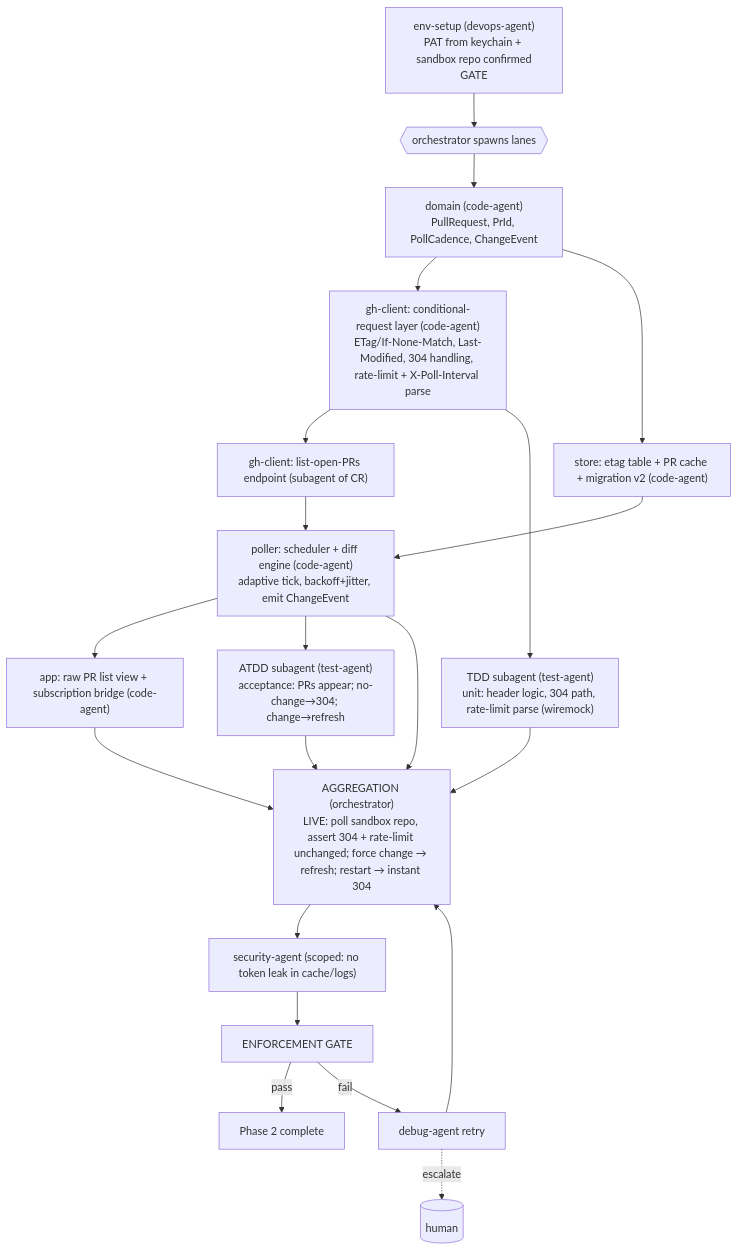
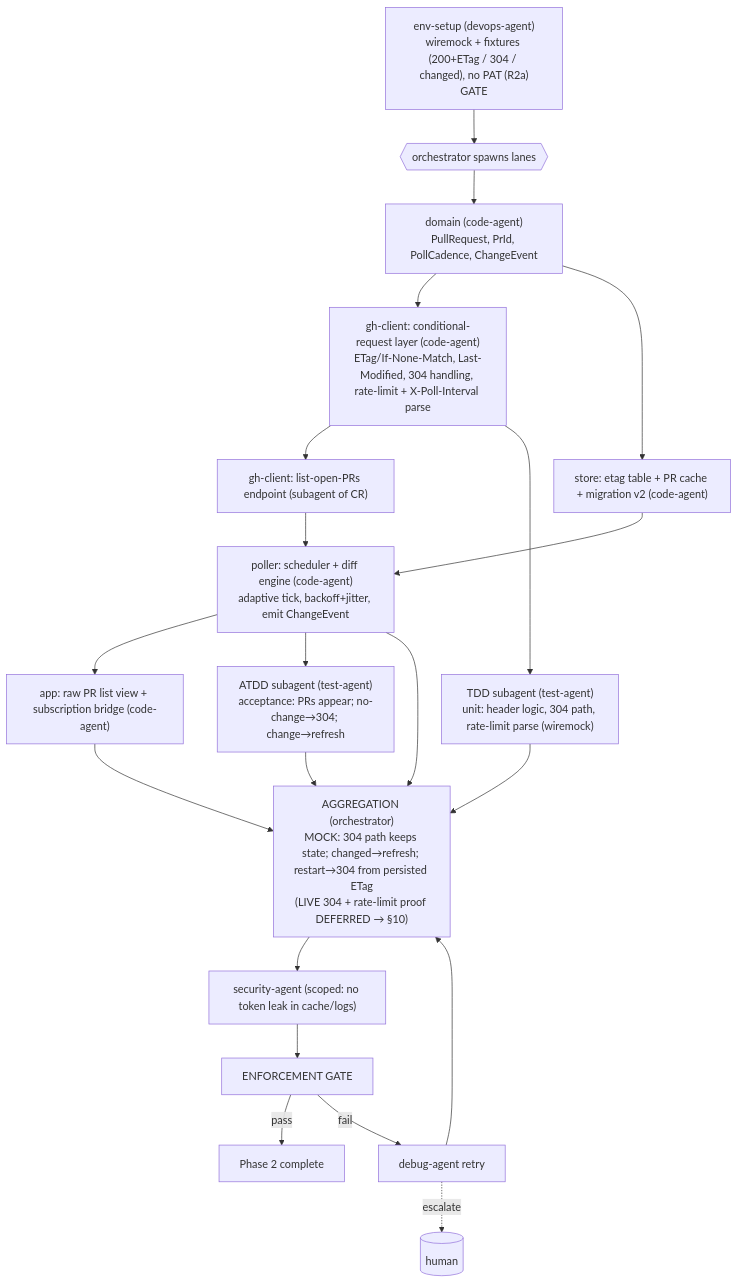
The diagram in planning/current/exec/PHASE-2.md (snoodleboot-io/alurtmee), drawn with Mermaid before and after one commit. The commit also changed other lines of this file and 10 other files, not shown here.

````diff
--- a/planning/current/exec/PHASE-2.md
+++ b/planning/current/exec/PHASE-2.md
@@ -30,22 +34,22 @@
 ```mermaid
 flowchart TD
-    ENVS["env-setup (devops-agent)\nPAT from keychain + sandbox repo confirmed\nGATE"] --> FORK{{orchestrator spawns lanes}}
+    ENVS["env-setup (devops-agent)\nwiremock + fixtures (200+ETag / 304 / changed), no PAT (R2a)\nGATE"] --> FORK{{orchestrator spawns lanes}}
 
     FORK --> DOM["domain (code-agent)\nPullRequest, PrId, PollCadence, ChangeEvent"]
     DOM --> CR["gh-client: conditional-request layer (code-agent)\nETag/If-None-Match, Last-Modified, 304 handling, rate-limit + X-Poll-Interval parse"]
     DOM --> ETAGS["store: etag table + PR cache + migration v2 (code-agent)"]
     CR --> PULLS["gh-client: list-open-PRs endpoint (subagent of CR)"]
     PULLS --> POLL["poller: scheduler + diff engine (code-agent)\nadaptive tick, backoff+jitter, emit ChangeEvent"]
     ETAGS --> POLL
     POLL --> APP["app: raw PR list view + subscription bridge (code-agent)"]
 
     CR --> TDD["TDD subagent (test-agent)\nunit: header logic, 304 path, rate-limit parse (wiremock)"]
     POLL --> ATD["ATDD subagent (test-agent)\nacceptance: PRs appear; no-change→304; change→refresh"]
 
     APP --> AGG; POLL --> AGG; TDD --> AGG; ATD --> AGG
-    AGG["AGGREGATION (orchestrator)\nLIVE: poll sandbox repo, assert 304 + rate-limit unchanged; force change → refresh; restart → instant 304"] --> SEC["security-agent (scoped: no token leak in cache/logs)"]
+    AGG["AGGREGATION (orchestrator)\nMOCK: 304 path keeps state; changed→refresh; restart→304 from persisted ETag\n(LIVE 304 + rate-limit proof DEFERRED → §10)"] --> SEC["security-agent (scoped: no token leak in cache/logs)"]
     SEC --> ENF["ENFORCEMENT GATE"]
     ENF -->|pass| DONE[Phase 2 complete]
     ENF -->|fail| DBG[debug-agent retry] --> AGG
     DBG -.escalate.-> HUMAN[(human)]
 ```
````
